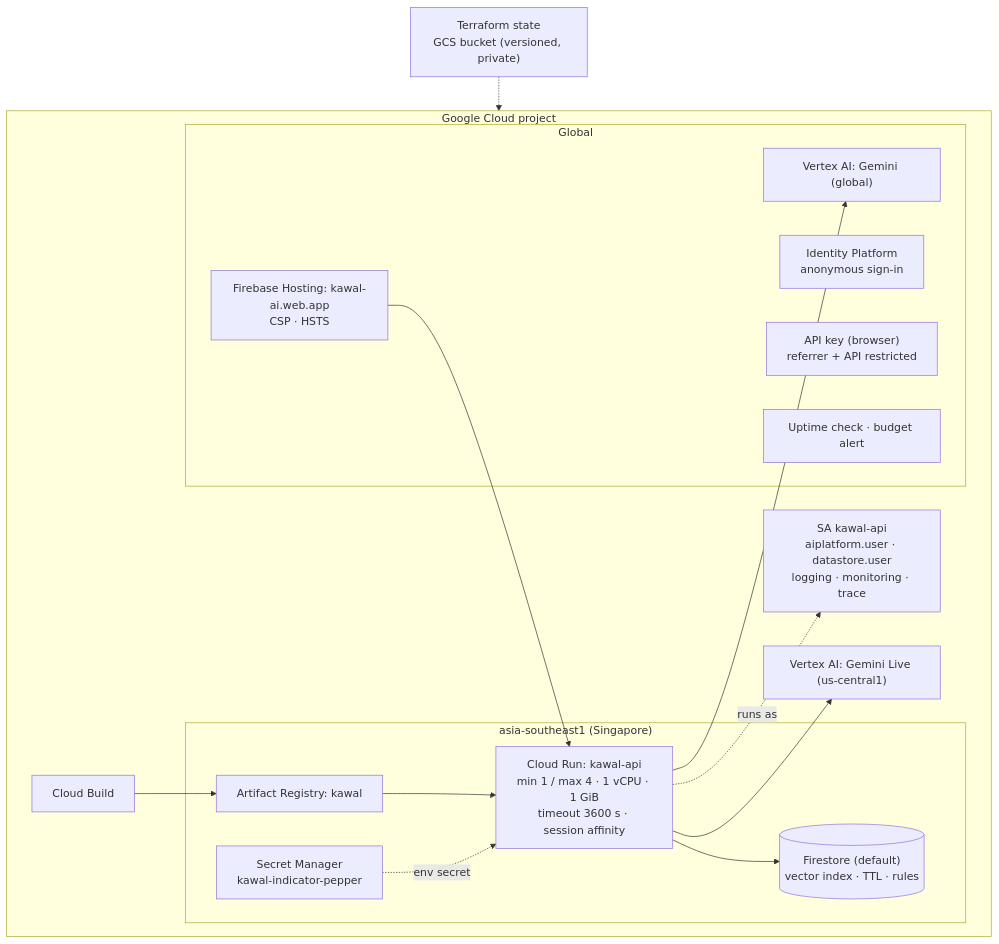
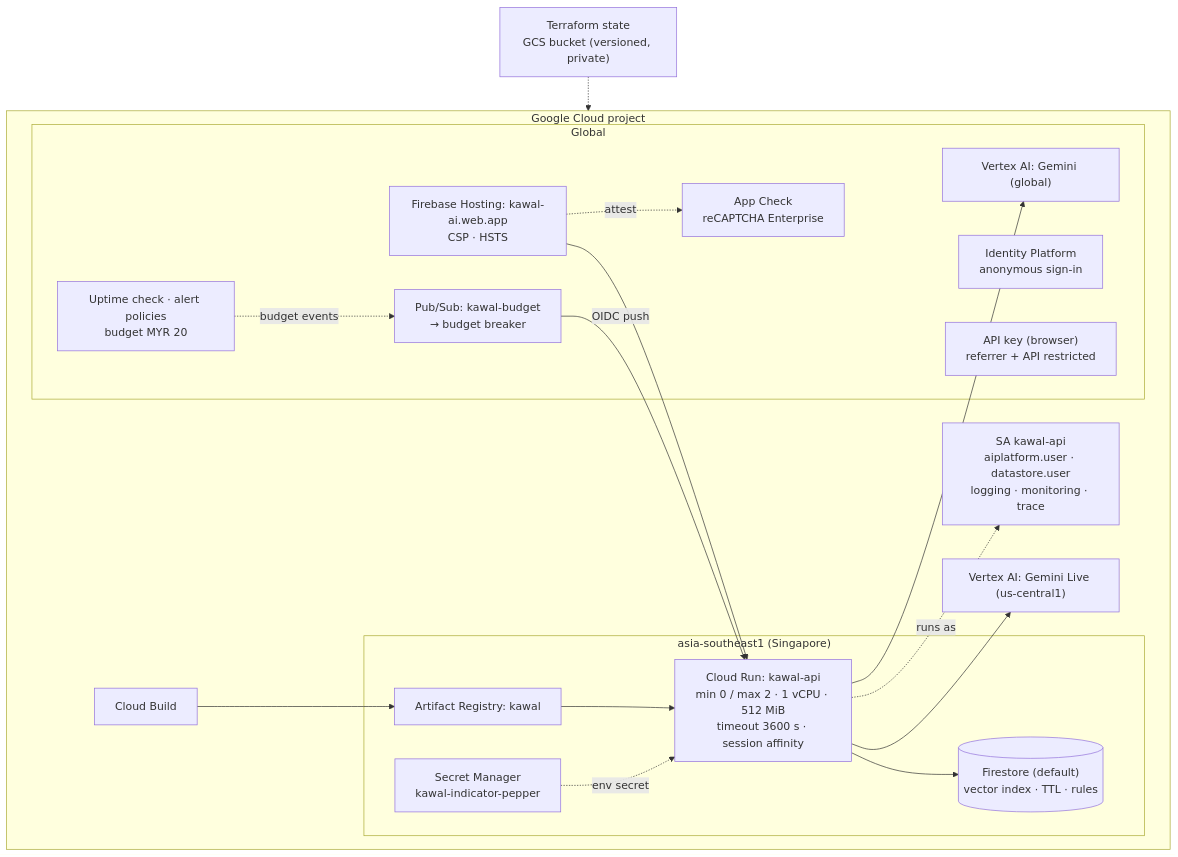
The diagram in docs/diagrams/deployment.mmd (wishwhitehat/kawal), drawn with Mermaid before and after one commit. The commit also changed 9 other files, not shown here.

Commit message:
Docs: cost & abuse controls, updated architecture, security and deployment

```diff
--- a/docs/diagrams/deployment.mmd
+++ b/docs/diagrams/deployment.mmd
@@ -1,27 +1,32 @@
 flowchart TB
   subgraph gcp["Google Cloud project"]
     subgraph sg["asia-southeast1 (Singapore)"]
-      RUN["Cloud Run: kawal-api<br/>min 1 / max 4 · 1 vCPU · 1 GiB<br/>timeout 3600 s · session affinity"]
+      RUN["Cloud Run: kawal-api<br/>min 0 / max 2 · 1 vCPU · 512 MiB<br/>timeout 3600 s · session affinity"]
       AR["Artifact Registry: kawal"]
       FS[("Firestore (default)<br/>vector index · TTL · rules")]
       SM["Secret Manager<br/>kawal-indicator-pepper"]
     end
     subgraph glob["Global"]
       HOST["Firebase Hosting: kawal-ai.web.app<br/>CSP · HSTS"]
       AUTH["Identity Platform<br/>anonymous sign-in"]
+      APPC["App Check<br/>reCAPTCHA Enterprise"]
+      PS["Pub/Sub: kawal-budget<br/>→ budget breaker"]
       KEY["API key (browser)<br/>referrer + API restricted"]
       VX["Vertex AI: Gemini (global)"]
-      MON["Uptime check · budget alert"]
+      MON["Uptime check · alert policies<br/>budget MYR 20"]
     end
     VXL["Vertex AI: Gemini Live (us-central1)"]
     CB["Cloud Build"]
     SA["SA kawal-api<br/>aiplatform.user · datastore.user<br/>logging · monitoring · trace"]
   end
   TF["Terraform state<br/>GCS bucket (versioned, private)"]
 
   CB --> AR --> RUN
   RUN -. "runs as" .-> SA
   RUN --> FS & VX & VXL
   SM -. "env secret" .-> RUN
   HOST --> RUN
+  HOST -. "attest" .-> APPC
+  MON -. "budget events" .-> PS
+  PS -->|"OIDC push"| RUN
   TF -.-> gcp
```
